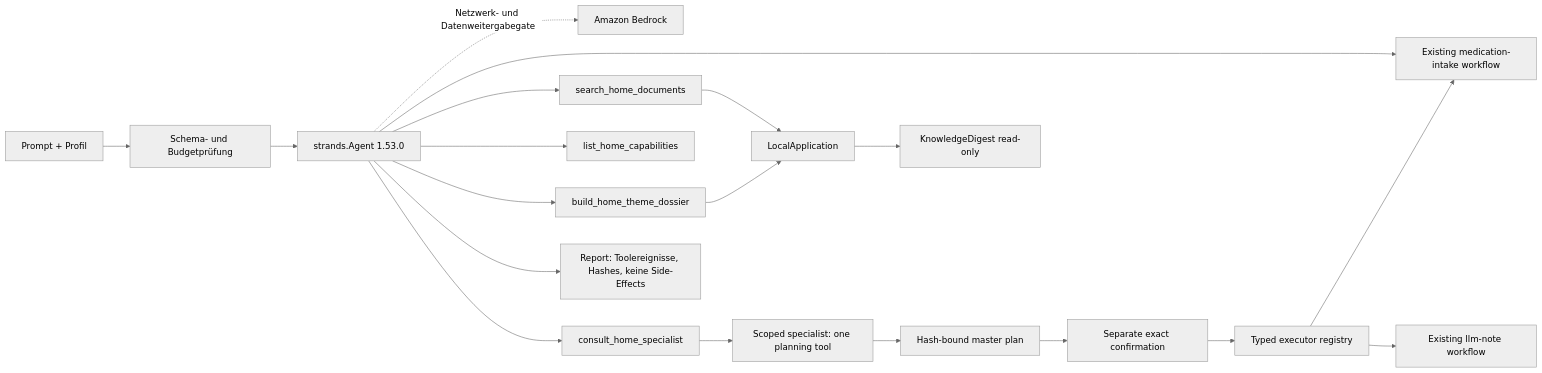
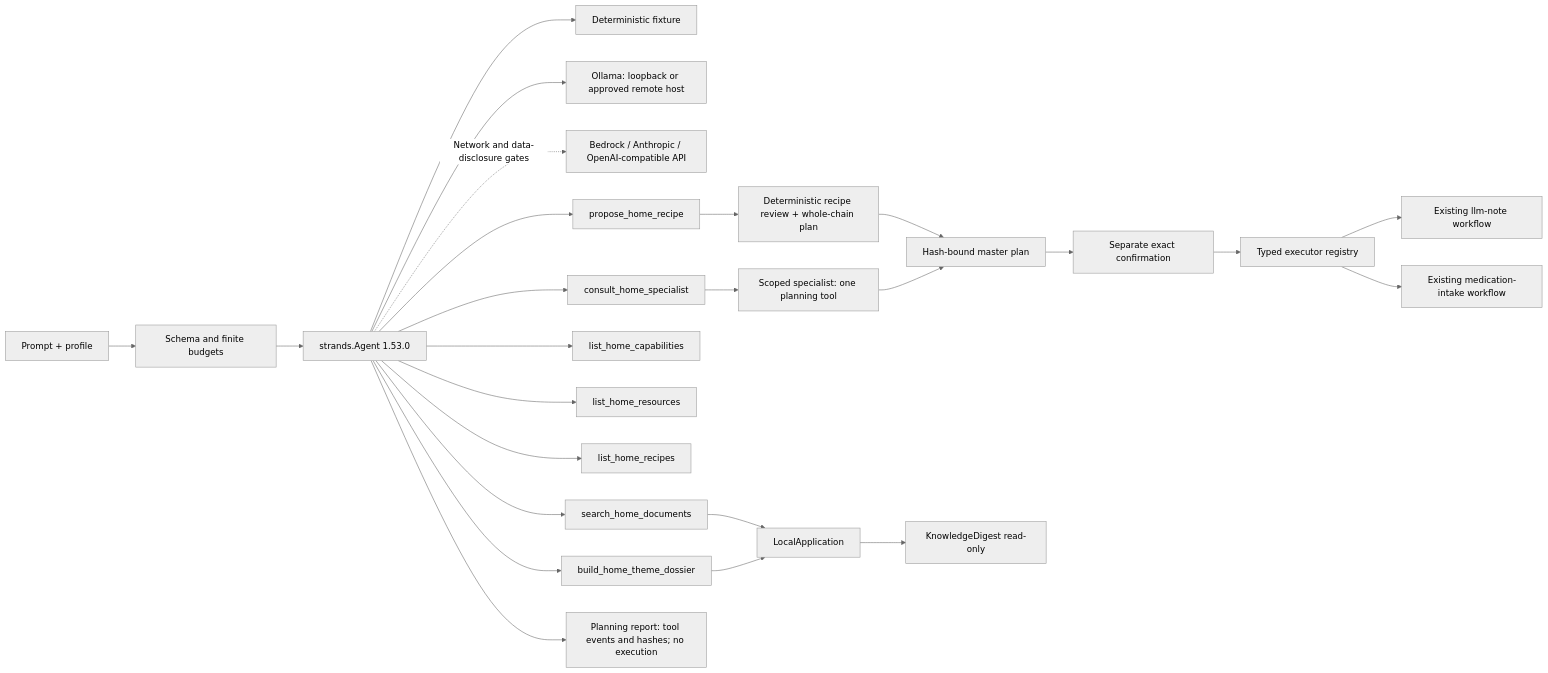
One commit to ellmos-ai/FolderHome changed the diagram in ARCHITECTURE.md. Above: the diagram before and after it, drawn with Mermaid (neutral theme). The commit also changed other lines of this file and 19 other files, not shown here.

Commit message:
docs(architecture): align runtime boundaries and reproducible exports

````diff
--- a/ARCHITECTURE.md
+++ b/ARCHITECTURE.md
@@ -81,21 +104,27 @@
 ```mermaid
 flowchart LR
-  U[Prompt + Profil] --> V[Schema- und Budgetprüfung]
+  U[Prompt + profile] --> V[Schema and finite budgets]
   V --> A[strands.Agent 1.53.0]
-  A --> M[Fixture Model]
-  A -. Netzwerk- und Datenweitergabegate .-> B[Amazon Bedrock]
+  A --> Fixture[Deterministic fixture]
+  A --> Ollama[Ollama: loopback or approved remote host]
+  A -. Network and data-disclosure gates .-> Hosted[Bedrock / Anthropic / OpenAI-compatible API]
   A --> T1[search_home_documents]
   A --> T2[build_home_theme_dossier]
   A --> T3[list_home_capabilities]
+  A --> T5[list_home_resources]
+  A --> T6[list_home_recipes]
+  A --> T7[propose_home_recipe]
+  T7 --> RP[Deterministic recipe review + whole-chain plan]
+  RP --> P
   A --> T4[consult_home_specialist]
   T4 --> S[Scoped specialist: one planning tool]
   S --> P[Hash-bound master plan]
   P --> C[Separate exact confirmation]
   C --> E[Typed executor registry]
   E --> N[Existing llm-note workflow]
-  E --> M[Existing medication-intake workflow]
+  E --> Medication[Existing medication-intake workflow]
   T1 --> L[LocalApplication]
   T2 --> L
   L --> K[KnowledgeDigest read-only]
-  A --> R[Report: Toolereignisse, Hashes, keine Side-Effects]
+  A --> R[Planning report: tool events and hashes; no execution]
 ```
````
